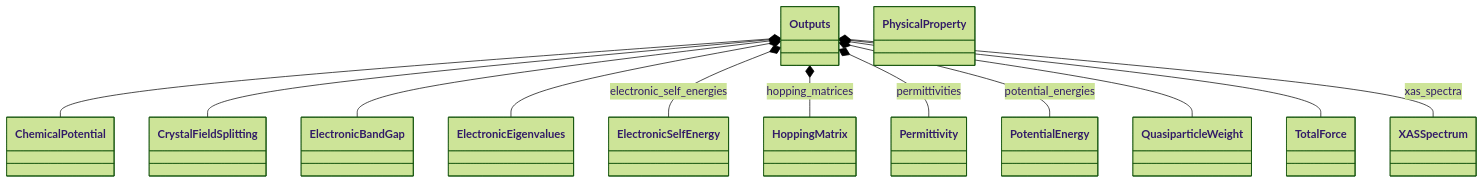
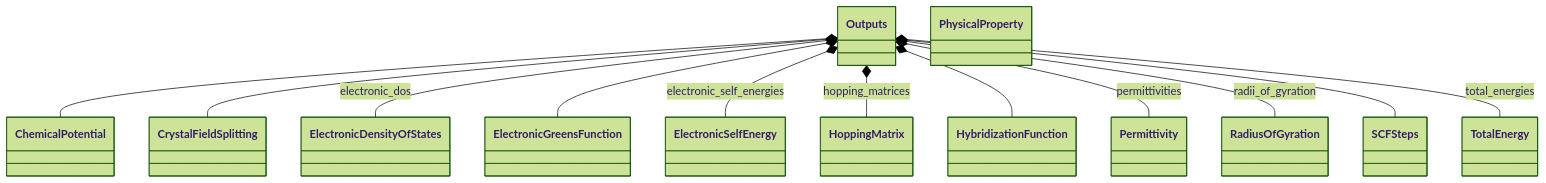
One commit to FAIRmat-NFDI/nomad-simulations changed the second of 2 diagrams in docs/schema/outputs.diagram.md. Above: the diagram before and after it, drawn with Mermaid (forest theme). The commit also changed other lines of this file and 36 other files, not shown here.

````diff
--- a/docs/schema/outputs.diagram.md
+++ b/docs/schema/outputs.diagram.md
@@ -54,27 +68,40 @@
 ```mermaid
 classDiagram
-    class ChemicalPotential
-    class CrystalFieldSplitting
-    class ElectronicBandGap
-    class ElectronicEigenvalues
-    class ElectronicSelfEnergy
-    class HoppingMatrix
-    class Outputs
-    class Permittivity
-    class PhysicalProperty
-    class PotentialEnergy
-    class QuasiparticleWeight
-    class TotalForce
-    class XASSpectrum
+    class ChemicalPotential {
+    }
+    class CrystalFieldSplitting {
+    }
+    class ElectronicDensityOfStates {
+    }
+    class ElectronicGreensFunction {
+    }
+    class ElectronicSelfEnergy {
+    }
+    class HoppingMatrix {
+    }
+    class HybridizationFunction {
+    }
+    class Outputs {
+    }
+    class Permittivity {
+    }
+    class PhysicalProperty {
+    }
+    class RadiusOfGyration {
+    }
+    class SCFSteps {
+    }
+    class TotalEnergy {
+    }
     Outputs *-- ChemicalPotential
     Outputs *-- CrystalFieldSplitting
-    Outputs *-- ElectronicBandGap
-    Outputs *-- ElectronicEigenvalues
+    Outputs *-- ElectronicDensityOfStates : electronic_dos
+    Outputs *-- ElectronicGreensFunction
     Outputs *-- ElectronicSelfEnergy : electronic_self_energies
     Outputs *-- HoppingMatrix : hopping_matrices
+    Outputs *-- HybridizationFunction
     Outputs *-- Permittivity : permittivities
-    Outputs *-- PotentialEnergy : potential_energies
-    Outputs *-- QuasiparticleWeight
-    Outputs *-- TotalForce
-    Outputs *-- XASSpectrum : xas_spectra
+    Outputs *-- RadiusOfGyration : radii_of_gyration
+    Outputs *-- SCFSteps
+    Outputs *-- TotalEnergy : total_energies
 ```
````
